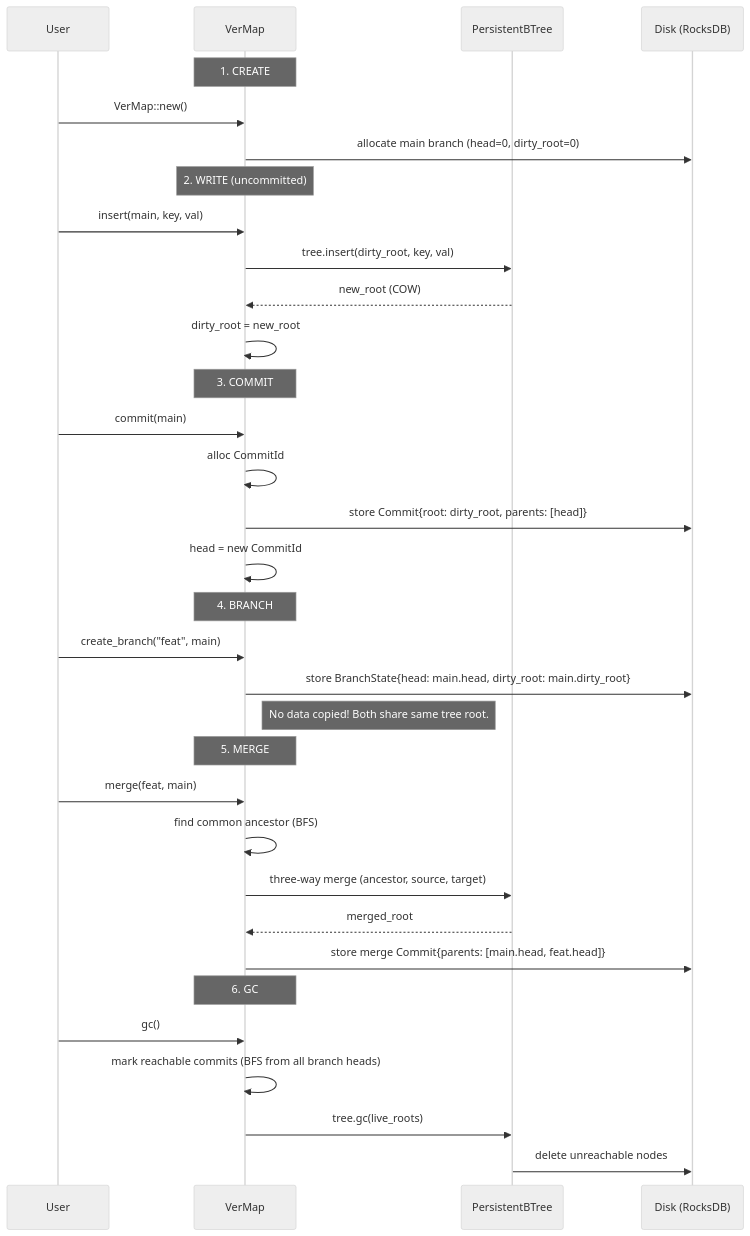
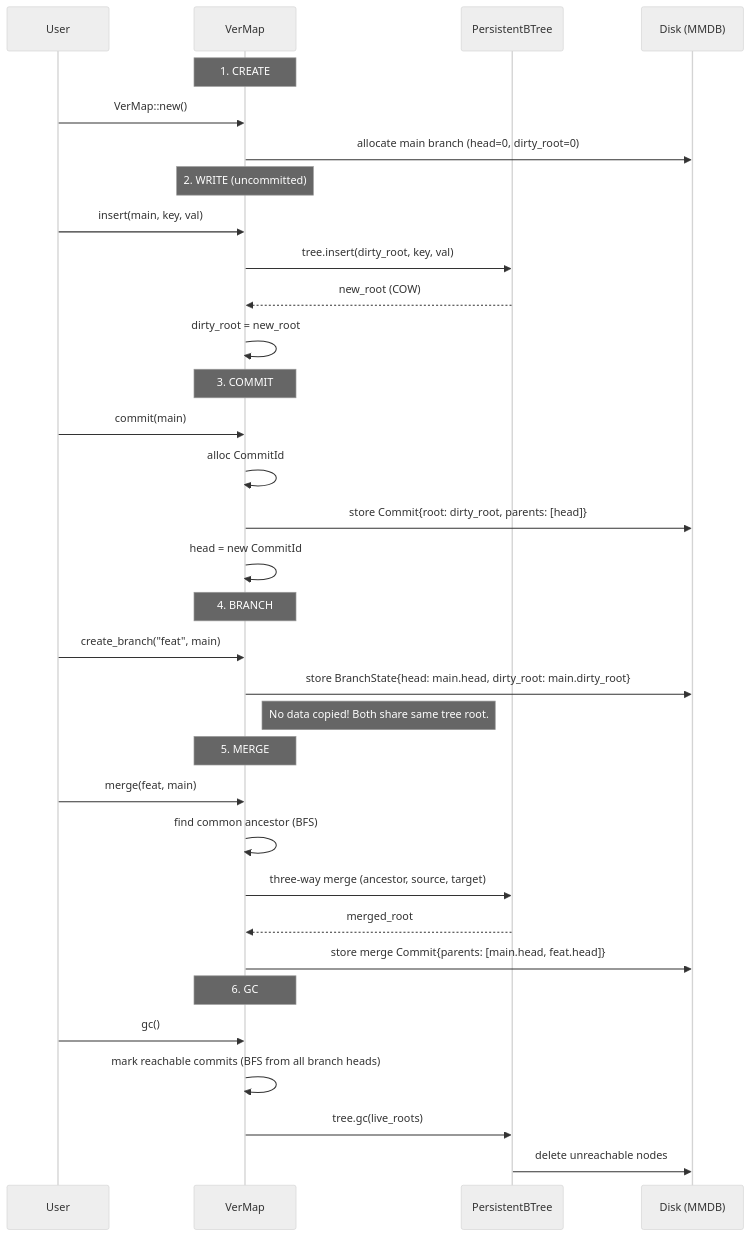
One commit to rust-util-collections/vsdb changed the fifth of 19 diagrams in strata/docs/versioned.md. Above: the diagram before and after it, drawn with Mermaid (neutral theme). The commit also changed other lines of this file and 6 other files, not shown here.

````diff
--- a/strata/docs/versioned.md
+++ b/strata/docs/versioned.md
@@ -152,41 +152,41 @@
 ```mermaid
 sequenceDiagram
     participant U as User
     participant V as VerMap
     participant T as PersistentBTree
-    participant D as Disk (RocksDB)
+    participant D as Disk (MMDB)
 
     Note over V: 1. CREATE
     U->>V: VerMap::new()
     V->>D: allocate main branch (head=0, dirty_root=0)
 
     Note over V: 2. WRITE (uncommitted)
     U->>V: insert(main, key, val)
     V->>T: tree.insert(dirty_root, key, val)
     T-->>V: new_root (COW)
     V->>V: dirty_root = new_root
 
     Note over V: 3. COMMIT
     U->>V: commit(main)
     V->>V: alloc CommitId
     V->>D: store Commit{root: dirty_root, parents: [head]}
     V->>V: head = new CommitId
 
     Note over V: 4. BRANCH
     U->>V: create_branch("feat", main)
     V->>D: store BranchState{head: main.head, dirty_root: main.dirty_root}
     Note right of V: No data copied! Both share same tree root.
 
     Note over V: 5. MERGE
     U->>V: merge(feat, main)
     V->>V: find common ancestor (BFS)
     V->>T: three-way merge (ancestor, source, target)
     T-->>V: merged_root
     V->>D: store merge Commit{parents: [main.head, feat.head]}
 
     Note over V: 6. GC
     U->>V: gc()
     V->>V: mark reachable commits (BFS from all branch heads)
     V->>T: tree.gc(live_roots)
     T->>D: delete unreachable nodes
 ```
````
